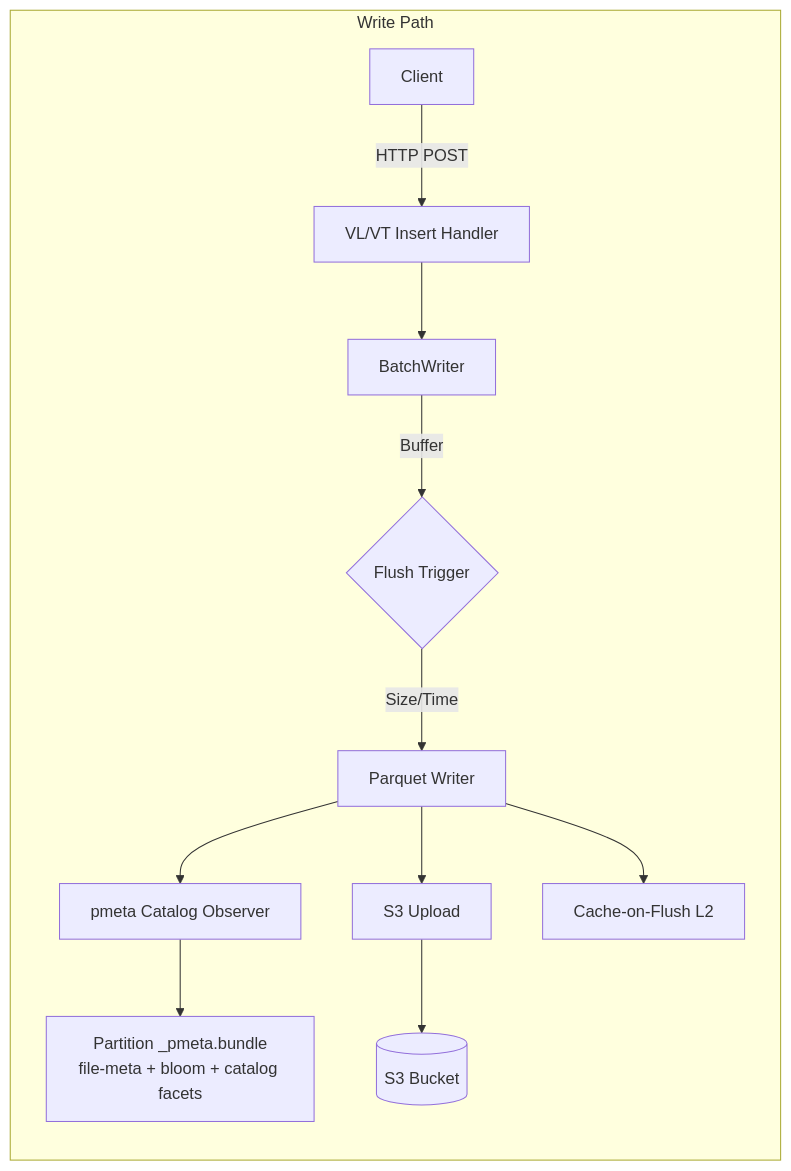
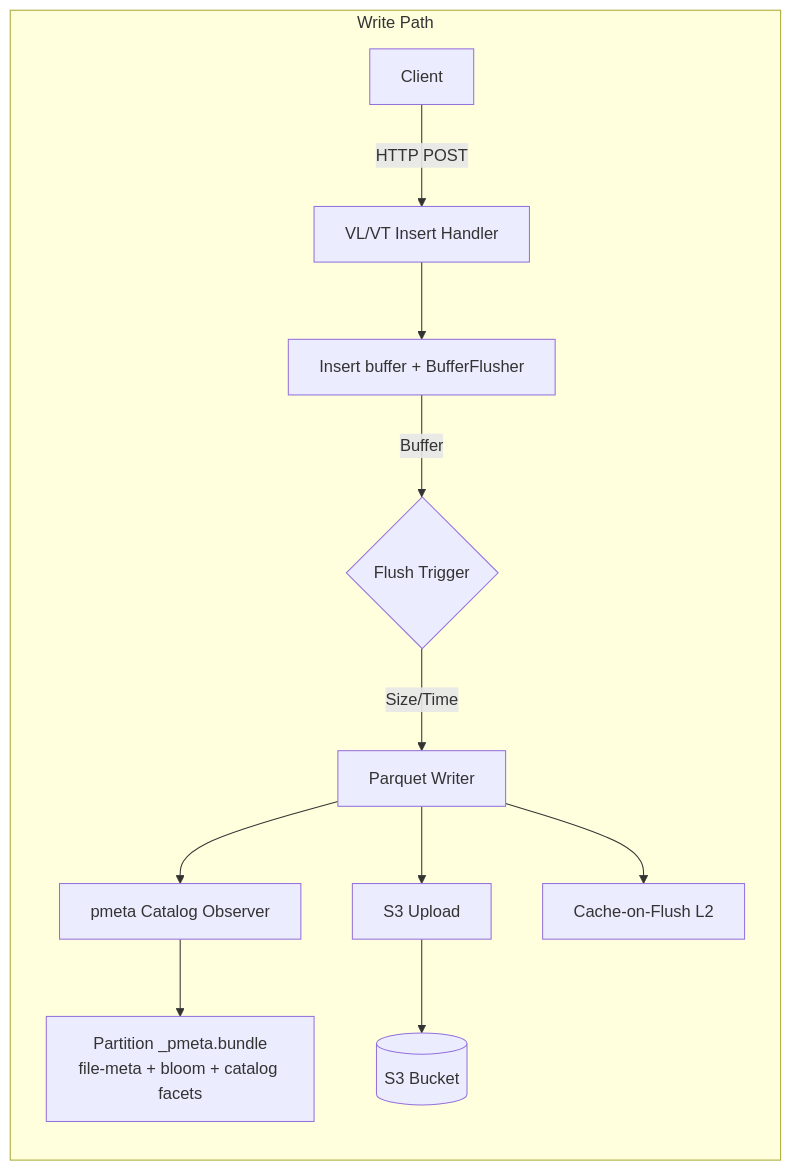
The second of 6 diagrams in docs/architecture-overview.md (ReliablyObserve/victoria-lakehouse), drawn with Mermaid before and after one commit. The commit also changed other lines of this file and 34 other files, not shown here.

Commit message:
docs(durability): describe the segmented durable insert buffer and update the docs that referred to the staging engine, WAL cutover and read watermark

````diff
--- a/docs/architecture-overview.md
+++ b/docs/architecture-overview.md
@@ -139,14 +139,14 @@
 ```mermaid
 flowchart LR
     subgraph "Write Path"
         A[Client] -->|HTTP POST| B[VL/VT Insert Handler]
-        B --> C[BatchWriter]
+        B --> C[Insert buffer + BufferFlusher]
         C -->|Buffer| D{Flush Trigger}
         D -->|Size/Time| E[Parquet Writer]
         E --> F[S3 Upload]
         E --> G[pmeta Catalog Observer]
         G --> I[Partition _pmeta.bundle<br/>file-meta + bloom + catalog facets]
         E --> K[Cache-on-Flush L2]
         F --> L[(S3 Bucket)]
     end
 ```
````
